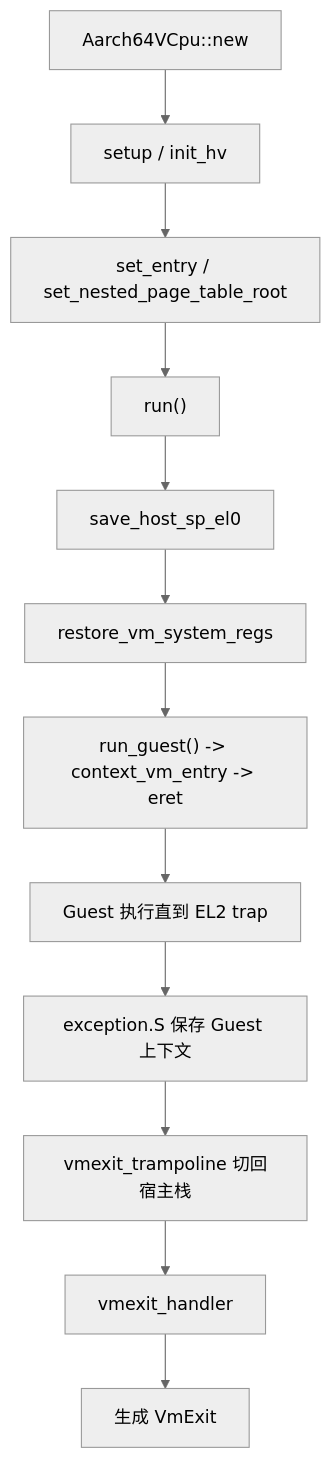
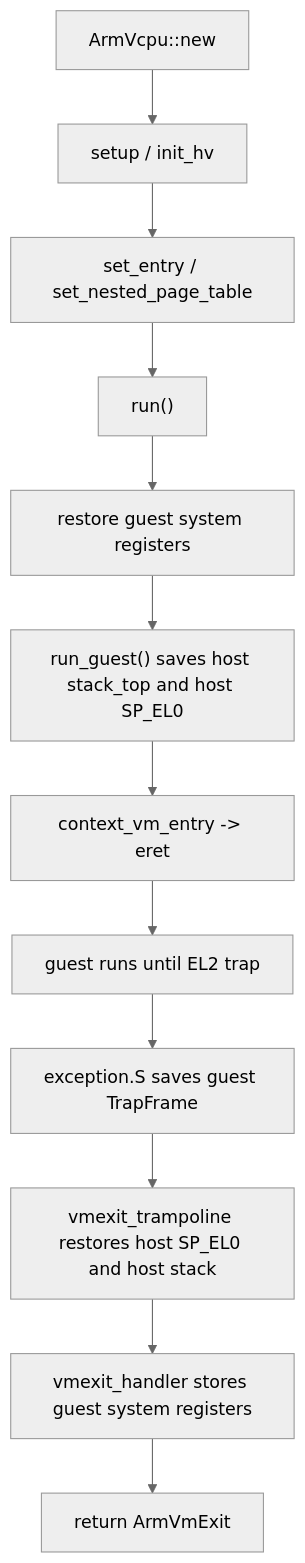
The first of 2 diagrams in docs/docs/components/crates/arm-vcpu.md (rcore-os/tgoskits), drawn with Mermaid (neutral theme) before and after one commit. The commit also changed other lines of this file and 16 other files, not shown here.

Commit message:
refactor(arm_vcpu): decouple host interface

````diff
--- a/docs/docs/components/crates/arm-vcpu.md
+++ b/docs/docs/components/crates/arm-vcpu.md
@@ -48,14 +54,14 @@
 ```mermaid
 flowchart TD
-    A["Aarch64VCpu::new"] --> B["setup / init_hv"]
-    B --> C["set_entry / set_nested_page_table_root"]
+    A["ArmVcpu::new"] --> B["setup / init_hv"]
+    B --> C["set_entry / set_nested_page_table"]
     C --> D["run()"]
-    D --> E["save_host_sp_el0"]
-    E --> F["restore_vm_system_regs"]
-    F --> G["run_guest() -> context_vm_entry -> eret"]
-    G --> H["Guest 执行直到 EL2 trap"]
-    H --> I["exception.S 保存 Guest 上下文"]
-    I --> J["vmexit_trampoline 切回宿主栈"]
-    J --> K["vmexit_handler"]
-    K --> L["生成 VmExit"]
+    D --> E["restore guest system registers"]
+    E --> F["run_guest() saves host stack_top and host SP_EL0"]
+    F --> G["context_vm_entry -> eret"]
+    G --> H["guest runs until EL2 trap"]
+    H --> I["exception.S saves guest TrapFrame"]
+    I --> J["vmexit_trampoline restores host SP_EL0 and host stack"]
+    J --> K["vmexit_handler stores guest system registers"]
+    K --> L["return ArmVmExit"]
 ```
````
